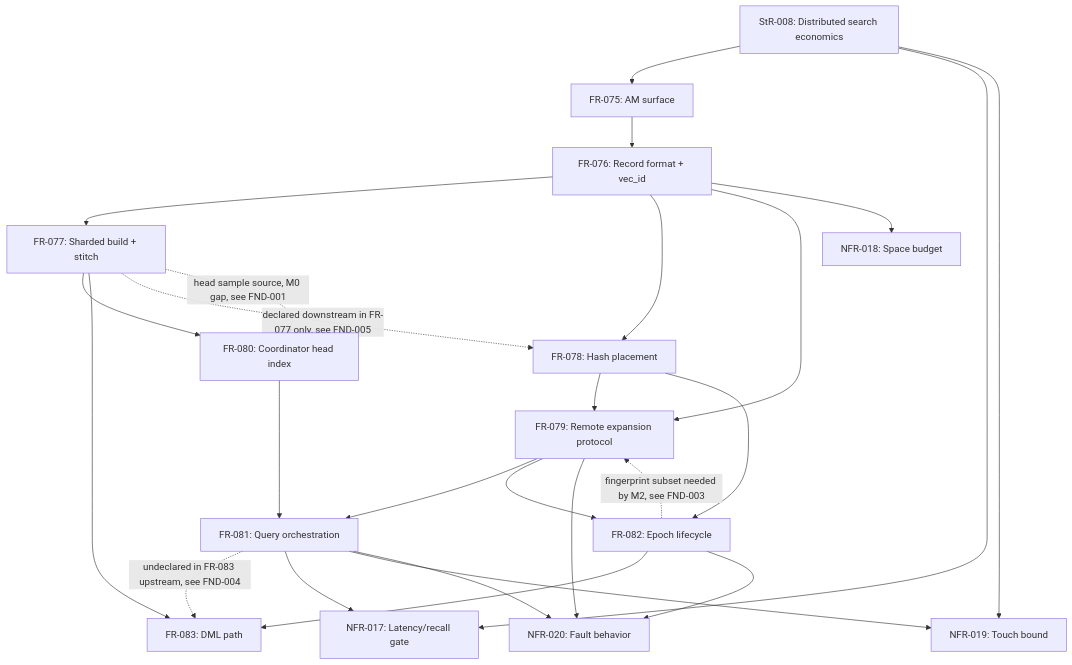
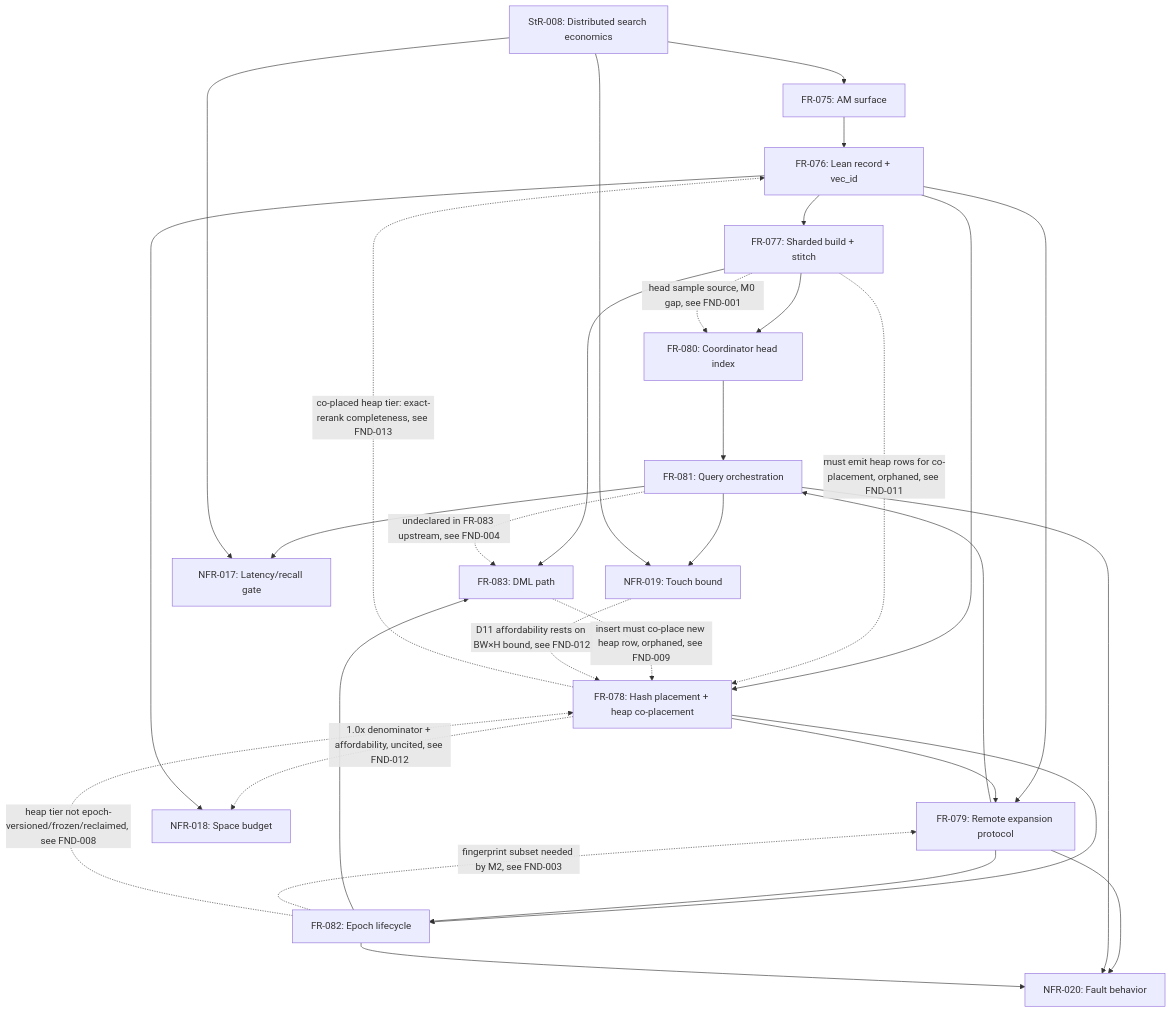
The diagram in spec/reviews/dependency.md (agent-ix/ecaz), drawn with Mermaid before and after one commit. The commit also changed other lines of this file and 3 other files, not shown here.

First line of the commit message:
task 161: spec-review re-run of co-placed heap rerank (d25ea9e0c)

````diff
--- a/spec/reviews/dependency.md
+++ b/spec/reviews/dependency.md
@@ -60,44 +75,50 @@
 ```mermaid
 graph TD
   StR008[StR-008: Distributed search economics]
   FR075[FR-075: AM surface]
-  FR076[FR-076: Record format + vec_id]
+  FR076[FR-076: Lean record + vec_id]
   FR077[FR-077: Sharded build + stitch]
-  FR078[FR-078: Hash placement]
+  FR078[FR-078: Hash placement + heap co-placement]
   FR079[FR-079: Remote expansion protocol]
   FR080[FR-080: Coordinator head index]
   FR081[FR-081: Query orchestration]
   FR082[FR-082: Epoch lifecycle]
   FR083[FR-083: DML path]
   NFR017[NFR-017: Latency/recall gate]
   NFR018[NFR-018: Space budget]
   NFR019[NFR-019: Touch bound]
   NFR020[NFR-020: Fault behavior]
 
   StR008 --> FR075
   FR075 --> FR076
   FR076 --> FR077
   FR076 --> FR078
   FR076 --> FR079
   FR078 --> FR079
   FR077 --> FR080
   FR079 --> FR081
   FR080 --> FR081
   FR078 --> FR082
   FR079 --> FR082
   FR077 --> FR083
   FR082 --> FR083
   FR081 -.->|undeclared in FR-083 upstream, see FND-004| FR083
-  FR077 -.->|declared downstream in FR-077 only, see FND-005| FR078
   FR082 -.->|fingerprint subset needed by M2, see FND-003| FR079
   FR077 -.->|head sample source, M0 gap, see FND-001| FR080
+
+  FR078 -.->|co-placed heap tier: exact-rerank completeness, see FND-013| FR076
+  FR077 -.->|must emit heap rows for co-placement, orphaned, see FND-011| FR078
+  FR082 -.->|heap tier not epoch-versioned/frozen/reclaimed, see FND-008| FR078
+  FR083 -.->|insert must co-place new heap row, orphaned, see FND-009| FR078
+  FR078 -.->|1.0x denominator + affordability, uncited, see FND-012| NFR018
+  NFR019 -.->|D11 affordability rests on BW×H bound, see FND-012| FR078
 
   FR076 --> NFR018
   FR081 --> NFR017
   FR081 --> NFR019
   FR079 --> NFR020
   FR081 --> NFR020
   FR082 --> NFR020
   StR008 --> NFR017
   StR008 --> NFR019
 ```
````
